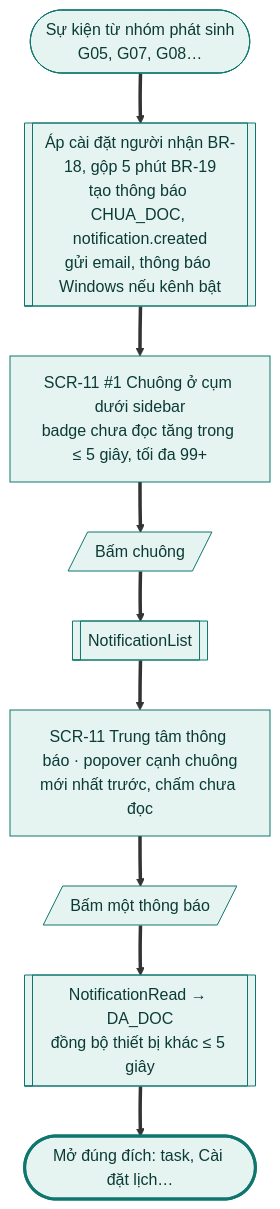
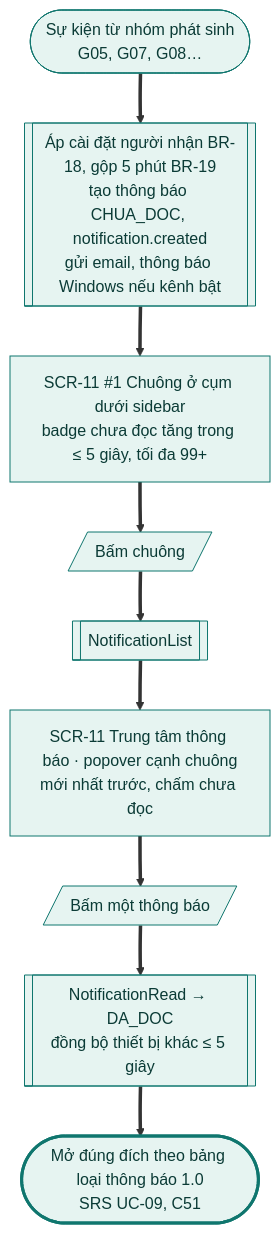
One commit to tannguyenho/personal-app changed the fifth of 6 diagrams in docs/design-brief/flow/g12-workspace-billing.md. Above: the diagram before and after it, drawn with Mermaid. The commit also changed other lines of this file and 5 other files, not shown here.

First line of the commit message:
docs(G08, G12): áp quyết định PO 09/11 vào SRS, PRD, flow

````diff
--- a/docs/design-brief/flow/g12-workspace-billing.md
+++ b/docs/design-brief/flow/g12-workspace-billing.md
@@ -189,26 +200,26 @@
 ```mermaid
 flowchart TD
   start(["Sự kiện từ nhóm phát sinh<br/>G05, G07, G08…"])
   p1[["Áp cài đặt người nhận BR-18, gộp 5 phút BR-19<br/>tạo thông báo CHUA_DOC, notification.created<br/>gửi email, thông báo Windows nếu kênh bật"]]
   s1["SCR-11 #1 Chuông ở cụm dưới sidebar<br/>badge chưa đọc tăng trong ≤ 5 giây, tối đa 99+"]
   u1[/"Bấm chuông"/]
   p2[["NotificationList"]]
   s2["SCR-11 Trung tâm thông báo · popover cạnh chuông<br/>mới nhất trước, chấm chưa đọc"]
   u2[/"Bấm một thông báo"/]
   p3[["NotificationRead → DA_DOC<br/>đồng bộ thiết bị khác ≤ 5 giây"]]
-  ok(["Mở đúng đích: task, Cài đặt lịch…"])
+  ok(["Mở đúng đích theo bảng loại thông báo 1.0<br/>SRS UC-09, C51"])
 
   start ==> p1 ==> s1 ==> u1 ==> p2 ==> s2 ==> u2 ==> p3 ==> ok
 
   class start,p1,s1,u1,p2,s2,u2,p3 happy
   class ok done
   classDef happy fill:#E6F4F1,stroke:#0F766E,color:#0B3B36
   classDef alt fill:#F1F3F5,stroke:#6B7280,color:#1F2937
   classDef err fill:#FDECEC,stroke:#B42318,color:#5C1010
   classDef warn fill:#FEF4E2,stroke:#B45309,color:#4A2604
   classDef ai fill:#F1ECFD,stroke:#6D28D9,color:#2E1065
   classDef sync fill:#FFFFFF,stroke:#6B7280,stroke-dasharray:4 3,color:#1F2937
   classDef link fill:#FFFFFF,stroke:#0F766E,stroke-dasharray:4 3,color:#0B3B36
   classDef done fill:#E6F4F1,stroke:#0F766E,stroke-width:3px,color:#0B3B36
   classDef fail fill:#FDECEC,stroke:#B42318,stroke-width:3px,color:#5C1010
 ```
````
